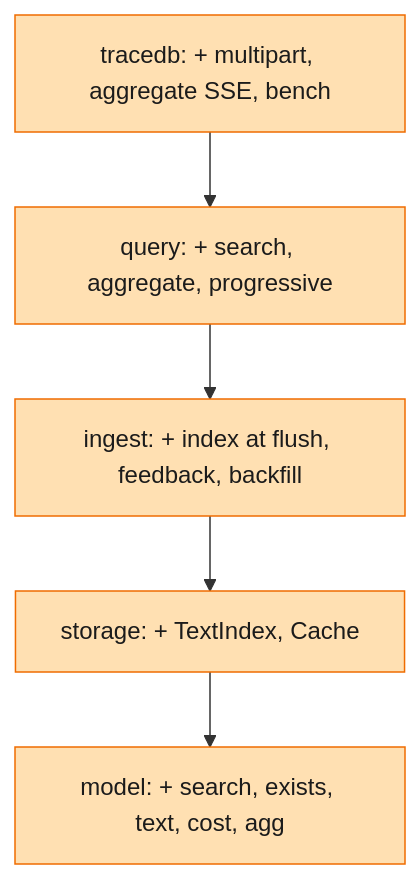
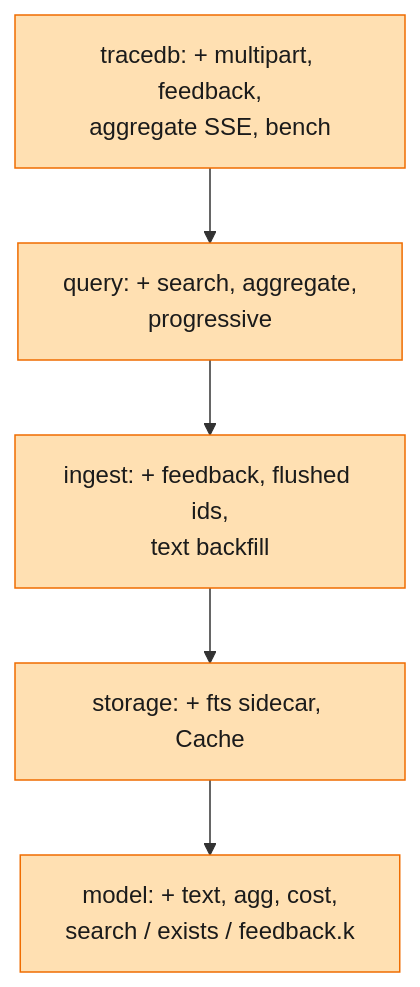
One commit to liukai/smithling changed the sixth of 11 diagrams in specs/003-m3-search-aggregates-speed/starter-guide.md. Above: the diagram before and after it, drawn with Mermaid. The commit also changed other lines of this file, not shown here.

````diff
--- a/specs/003-m3-search-aggregates-speed/starter-guide.md
+++ b/specs/003-m3-search-aggregates-speed/starter-guide.md
@@ -132,12 +137,12 @@
 ```mermaid
 flowchart TB
-    A["tracedb: + multipart, aggregate SSE, bench"]:::revised
-    B["query: + search, aggregate, progressive"]:::revised
-    C["ingest: + index at flush, feedback, backfill"]:::revised
-    D["storage: + TextIndex, Cache"]:::revised
-    E["model: + search, exists, text, cost, agg"]:::revised
+    A["tracedb: + multipart, feedback,<br/>aggregate SSE, bench"]:::revised
+    B["query: + search, aggregate,<br/>progressive"]:::revised
+    C["ingest: + feedback, flushed ids,<br/>text backfill"]:::revised
+    D["storage: + fts sidecar, Cache"]:::revised
+    E["model: + text, agg, cost,<br/>search / exists / feedback.k"]:::revised
     A --> B --> C --> D --> E
     classDef new fill:#c8e6c9,stroke:#2e7d32,color:#1b1b1b
     classDef revised fill:#ffe0b2,stroke:#ef6c00,color:#1b1b1b
     classDef old fill:#eeeeee,stroke:#9e9e9e,color:#1b1b1b
 ```
````
